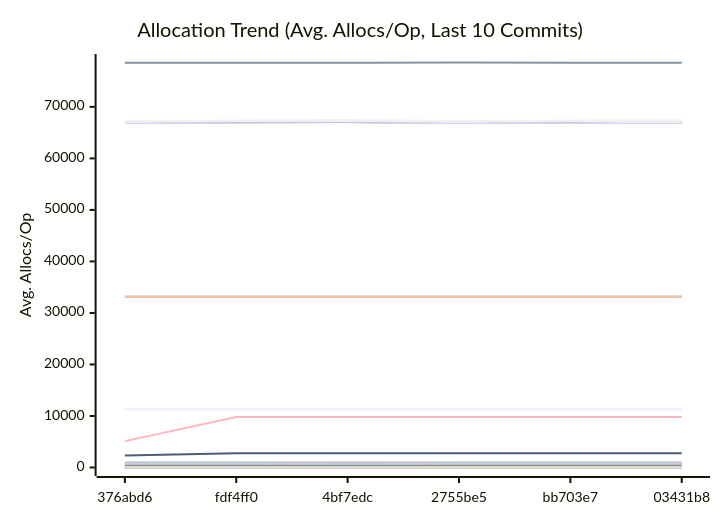
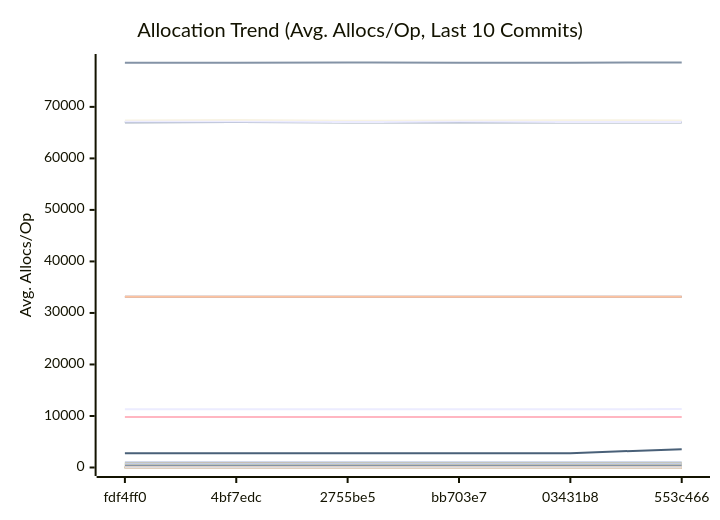
Before and after one commit to alsotoes/momo: the third of 3 diagrams in docs/PERFORMANCE.md, drawn with Mermaid. The commit also changed other lines of this file and 2 other files, not shown here.

````diff
--- a/docs/PERFORMANCE.md
+++ b/docs/PERFORMANCE.md
@@ -360,44 +360,44 @@
 ```mermaid
 xychart-beta
     title "Allocation Trend (Avg. Allocs/Op, Last 10 Commits)"
     x-axis "Commit"
     y-axis "Avg. Allocs/Op"
-    x-axis [376abd6,fdf4ff0,4bf7edc,2755be5,bb703e7,03431b8]
-    line "AWSChunkedReaderSigned" [11307,11314,11300,11307,11302,11307,11334,11352,11308,11331]
-    line "AWSChunkedReaderUnsigned" [78579,78587,78576,78613,78584,78583,78611,78631,78600,78609]
+    x-axis [fdf4ff0,4bf7edc,2755be5,bb703e7,03431b8,553c466]
+    line "AWSChunkedReaderSigned" [11314,11300,11307,11302,11307,11334,11352,11308,11331,11309]
+    line "AWSChunkedReaderUnsigned" [78587,78576,78613,78584,78583,78611,78631,78600,78609,78603]
     line "CheckMetricsAndSwap" [0,0,0,0,0,0,0,0,0,0]
     line "CrushOptimized" [0,0,0,0,0,0,0,0,0,0]
     line "CrushOriginal" [3,3,3,3,3,3,3,3,3,3]
     line "FormatListObjectsV2XML_AppendFormat" [16,16,16,16,16,16,16,16,16,16]
     line "FormatListObjectsV2XML_OldFormat" [1000,1000,1000,1000,1000,1000,1000,1000,1000,1000]
     line "HashBytes/1MiB" [64,64,64,64,64,64,64,64,64,64]
     line "HashBytes/256MiB" [64,64,64,64,64,64,64,64,64,64]
     line "HashBytes/64MiB" [64,64,64,64,64,64,64,64,64,64]
     line "HashFile/1MiB" [33128,33128,33128,33128,33128,33128,33128,33128,33128,33128]
     line "HashFile/256MiB" [33128,33128,33128,33128,33128,33128,33128,33128,33128,33128]
     line "HashFile/64MiB" [33128,33128,33128,33128,33128,33128,33128,33128,33128,33128]
     line "IndexDirectTracking" [0,0,0,0,0,0,0,0,0,0]
     line "IndexSearch" [0,0,0,0,0,0,0,0,0,0]
     line "LastModifiedHeader_AppendFormat" [0,0,0,0,0,0,0,0,0,0]
     line "LastModifiedHeader_Format" [1,1,1,1,1,1,1,1,1,1]
     line "LoadGlobalConfig" [58,58,58,58,58,58,58,58,58,58]
-    line "LocalWrite/1MiB" [67030,67033,67040,67026,67032,67028,67034,67036,67032,67028]
-    line "LocalWrite/256MiB" [67324,67356,67435,67322,67349,67419,67379,67488,67427,67403]
-    line "LocalWrite/64MiB" [67067,67089,67097,67084,67096,67074,67087,67088,67081,67097]
+    line "LocalWrite/1MiB" [67033,67040,67026,67032,67028,67034,67036,67032,67028,67031]
+    line "LocalWrite/256MiB" [67356,67435,67322,67349,67419,67379,67488,67427,67403,67338]
+    line "LocalWrite/64MiB" [67089,67097,67084,67096,67074,67087,67088,67081,67097,67088]
     line "PadString" [1,1,1,1,1,1,1,1,1,1]
     line "ParseReplicationOrder_NoPrealloc" [6,6,6,6,6,5,5,5,5,5]
     line "ParseReplicationOrder_Prealloc" [2,2,2,2,2,1,1,1,1,1]
     line "Placement" [6,6,6,6,6,6,6,6,6,6]
     line "PlacementDomainSpread" [6,6,6,6,6,6,6,6,6,6]
-    line "ReadVerify/1MiB" [460,436,471,463,468,467,468,486,478,467]
-    line "ReadVerify/256MiB" [5120,9808,9808,9808,9808,9808,9808,9808,9808,5120]
-    line "ReadVerify/64MiB" [2307,2776,2776,2776,2776,2776,3557,2776,2776,2776]
-    line "S3PutSpool/1MiB" [447,447,447,447,447,447,447,447,447,448]
+    line "ReadVerify/1MiB" [436,471,463,468,467,468,486,478,467,459]
+    line "ReadVerify/256MiB" [9808,9808,9808,9808,9808,9808,9808,9808,5120,9808]
+    line "ReadVerify/64MiB" [2776,2776,2776,2776,2776,3557,2776,2776,2776,2307]
+    line "S3PutSpool/1MiB" [447,447,447,447,447,447,447,447,448,447]
     line "S3PutSpool/256MiB" [448,448,448,448,448,448,448,448,448,448]
     line "S3PutSpool/64MiB" [448,448,448,448,448,448,448,448,448,448]
     line "SanitizeLog/Safe" [0,0,0,0,0,0,0,0,0,0]
     line "SanitizeLog/Unsafe" [1,1,1,1,1,1,1,1,1,1]
-    line "TrustedRead/1MiB" [800,800,800,800,800,800,800,800,800,800]
-    line "TrustedRead/256MiB" [800,800,848,800,800,800,800,800,800,800]
+    line "TrustedRead/1MiB" [800,800,800,800,800,800,800,800,800,837]
+    line "TrustedRead/256MiB" [800,848,800,800,800,800,800,800,800,800]
     line "TrustedRead/64MiB" [800,800,800,800,800,800,800,800,800,800]
 ```
````
